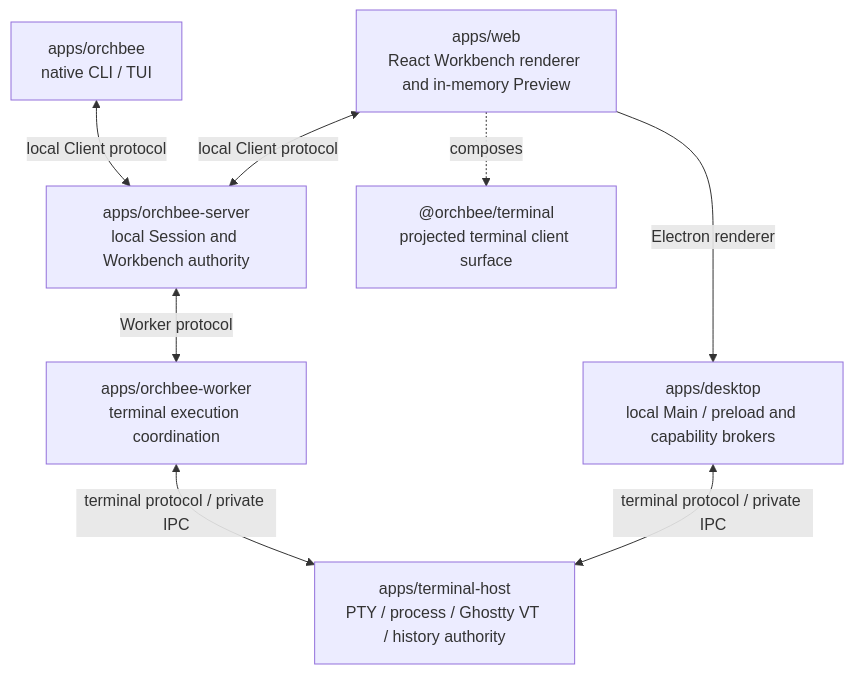
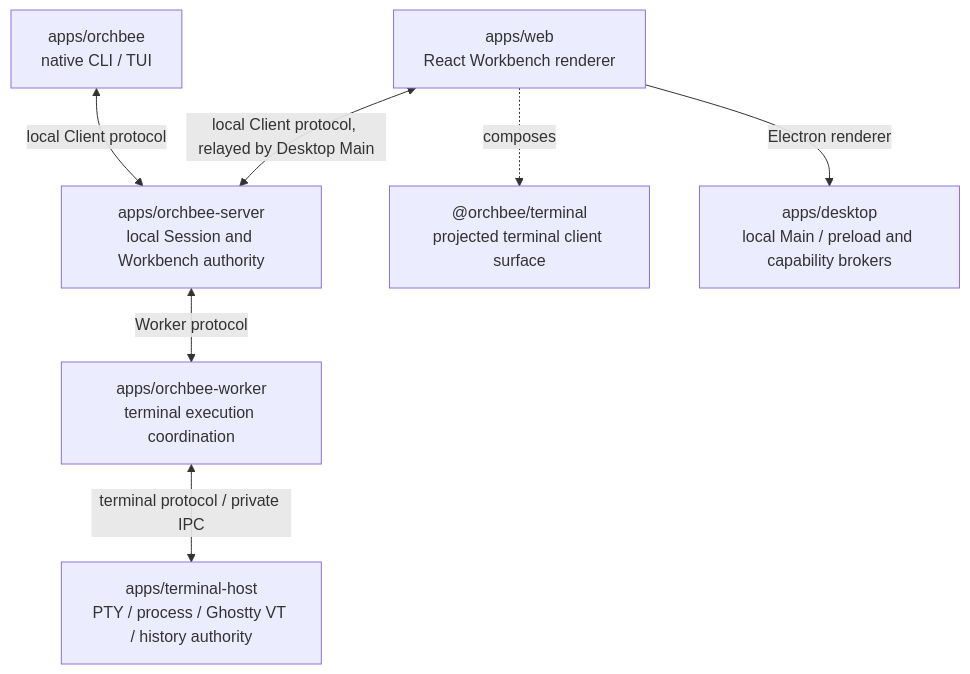
Before and after one commit to i-need-token/orchbee: the diagram in docs/ARCHITECTURE.md, drawn with Mermaid. The commit also changed 152 other files, not shown here.

````diff
--- a/docs/ARCHITECTURE.md
+++ b/docs/ARCHITECTURE.md
@@ -24,10 +24,9 @@
 ```mermaid
 flowchart TB
  Native["apps/orchbee<br/>native CLI / TUI"] <-->|"local Client protocol"| Server["apps/orchbee-server<br/>local Session and Workbench authority"]
  Server <-->|"Worker protocol"| Worker["apps/orchbee-worker<br/>terminal execution coordination"]
  Worker <-->|"terminal protocol / private IPC"| Host["apps/terminal-host<br/>PTY / process / Ghostty VT / history authority"]
- Web["apps/web<br/>React Workbench renderer and in-memory Preview"] <-->|"local Client protocol"| Server
+ Web["apps/web<br/>React Workbench renderer"] <-->|"local Client protocol, relayed by Desktop Main"| Server
  Web -. "composes" .-> Terminal["@orchbee/terminal<br/>projected terminal client surface"]
  Web -->|"Electron renderer"| Desktop["apps/desktop<br/>local Main / preload and capability brokers"]
- Desktop <-->|"terminal protocol / private IPC"| Host
 ```
````
